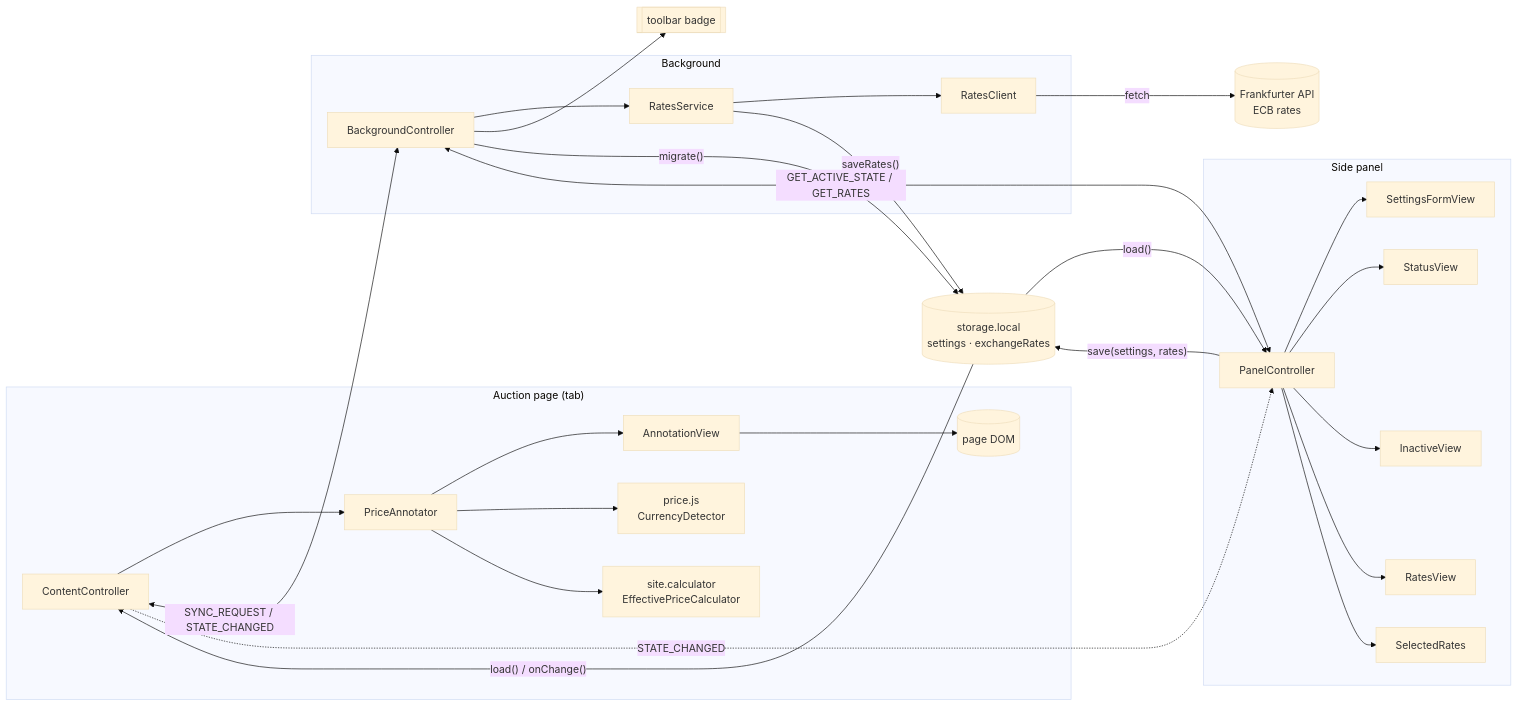
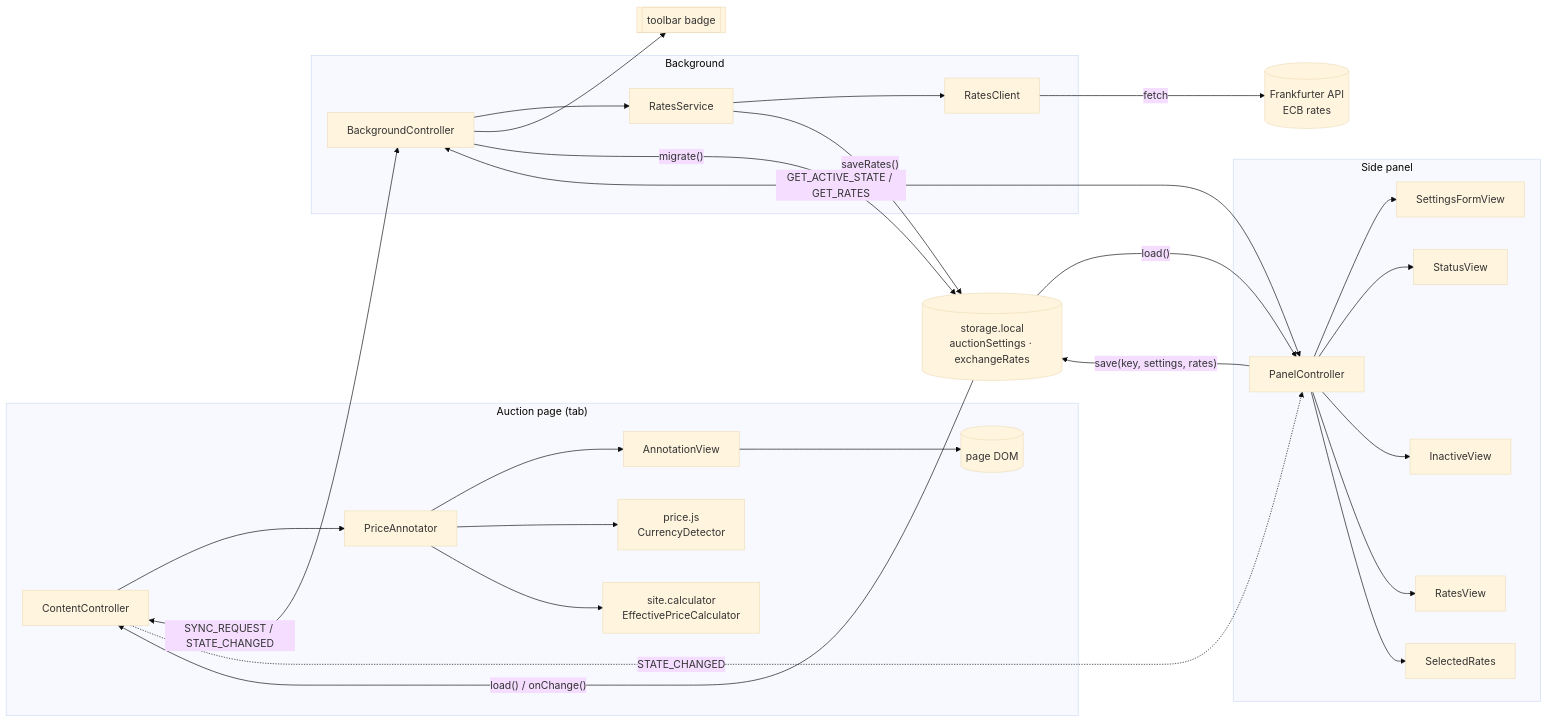
Before and after one commit to radyak/minerva-browserplugin: the second of 7 diagrams in docs/architecture.md, drawn with Mermaid (base theme). The commit also changed other lines of this file and 23 other files, not shown here.

Commit message:
feat: [by AI] Store parameters per platform, auction house and auction id

````diff
--- a/docs/architecture.md
+++ b/docs/architecture.md
@@ -58,44 +58,44 @@
 ```mermaid
 flowchart LR
   subgraph page["Auction page (tab)"]
     DOM[("page DOM")]
     CC["ContentController"]
     PA["PriceAnnotator"]
     AV["AnnotationView"]
     CC --> PA --> AV --> DOM
     PA --> PRICE["price.js<br/>CurrencyDetector"]
     PA --> CALC["site.calculator<br/>EffectivePriceCalculator"]
   end
 
   subgraph bg["Background"]
     BC["BackgroundController"]
     RS["RatesService"]
     RC["RatesClient"]
     BC --> RS --> RC
   end
 
   subgraph panel["Side panel"]
     PC["PanelController"]
     SFV["SettingsFormView"]
     SV["StatusView"]
     IV["InactiveView"]
     RV["RatesView"]
     SR["SelectedRates"]
     PC --> SFV & SV & IV & RV & SR
   end
 
-  STORE[("storage.local<br/>settings · exchangeRates")]
+  STORE[("storage.local<br/>auctionSettings · exchangeRates")]
   API[("Frankfurter API<br/>ECB rates")]
   BADGE[["toolbar badge"]]
 
   RC -->|fetch| API
   BC --> BADGE
   CC <-->|"SYNC_REQUEST / STATE_CHANGED"| BC
   CC -.->|STATE_CHANGED| PC
   PC <-->|"GET_ACTIVE_STATE / GET_RATES"| BC
-  PC -->|"save(settings, rates)"| STORE
+  PC -->|"save(key, settings, rates)"| STORE
   RS -->|"saveRates()"| STORE
   STORE -->|"load() / onChange()"| CC
   STORE -->|"load()"| PC
   BC -->|"migrate()"| STORE
 ```
````
